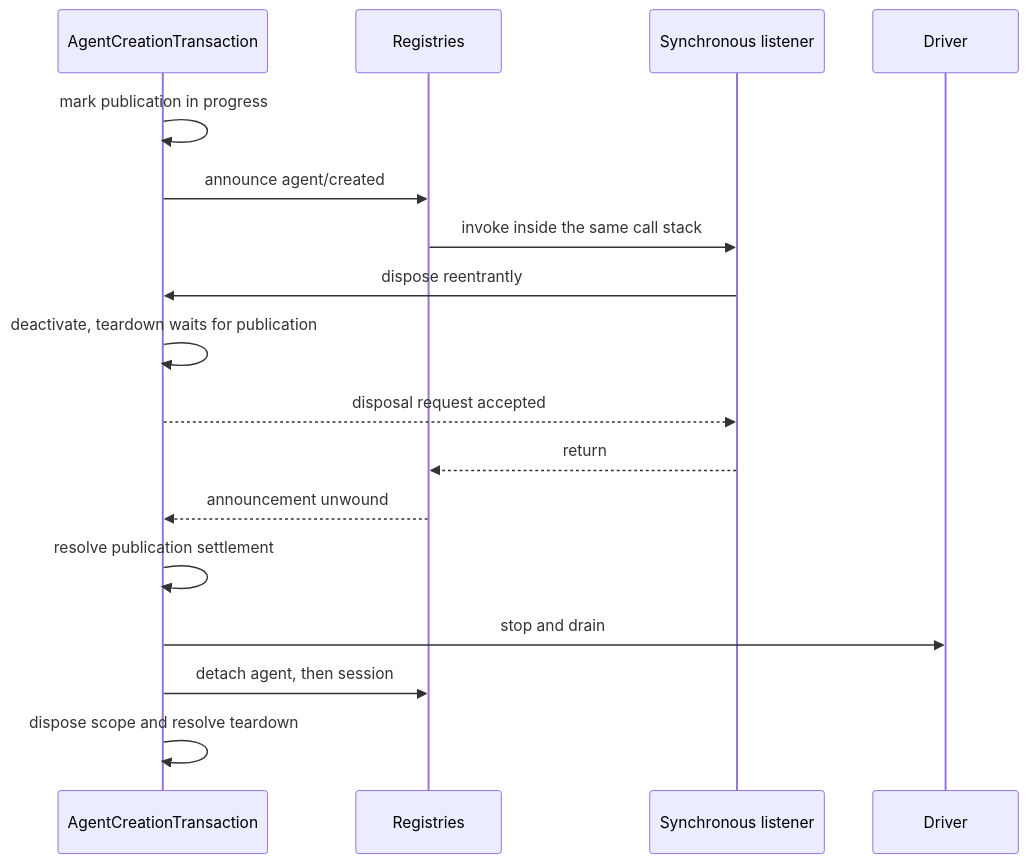
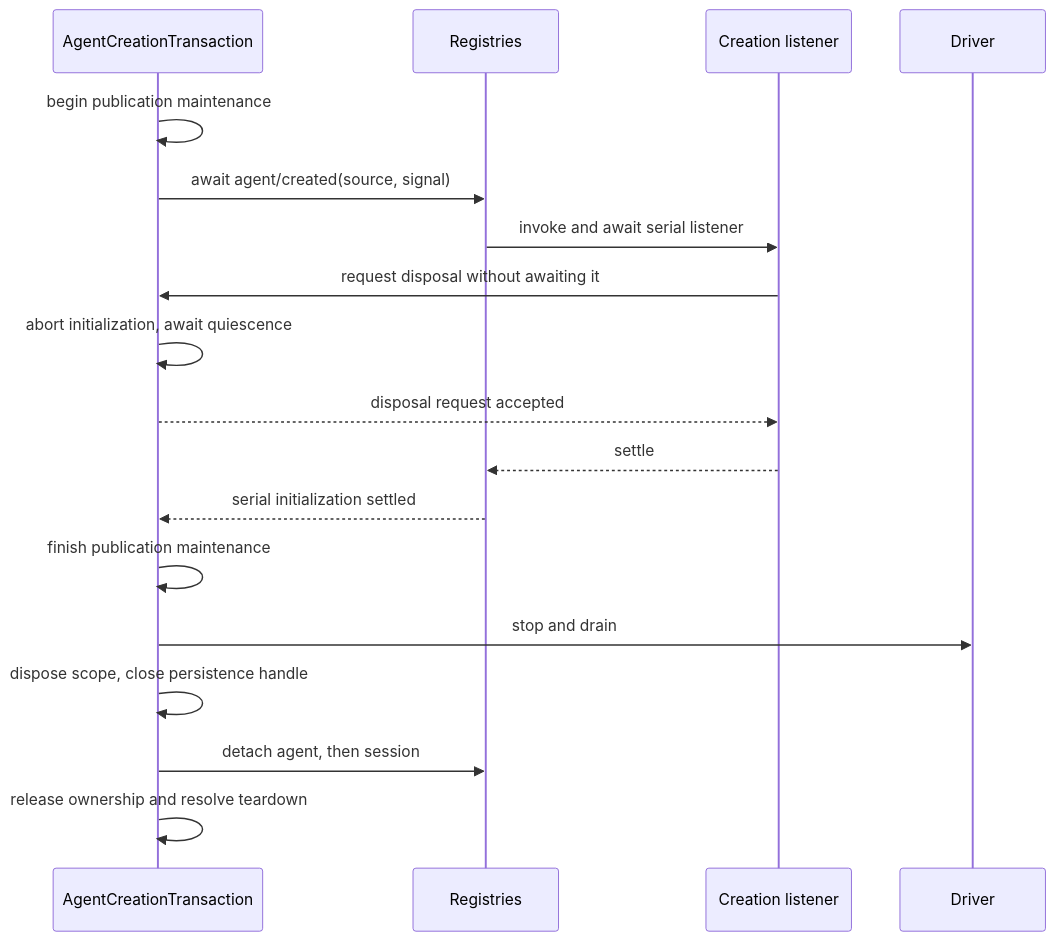
Before and after one commit to jsjm1986/CoHarness: the diagram in .agents/notes/implemented/architecture/2026-07-12-agent-scope-runtime-design.md, drawn with Mermaid. The commit also changed other lines of this file and 60 other files, not shown here.

````diff
--- a/.agents/notes/implemented/architecture/2026-07-12-agent-scope-runtime-design.md
+++ b/.agents/notes/implemented/architecture/2026-07-12-agent-scope-runtime-design.md
@@ -127,20 +125,21 @@
 ```mermaid
 sequenceDiagram
   participant Tx as AgentCreationTransaction
   participant Registries
-  participant Listener as Synchronous listener
+  participant Listener as Creation listener
   participant Driver
 
-  Tx->>Tx: mark publication in progress
-  Tx->>Registries: announce agent/created
-  Registries->>Listener: invoke inside the same call stack
-  Listener->>Tx: dispose reentrantly
-  Tx->>Tx: deactivate, teardown waits for publication
+  Tx->>Tx: begin publication maintenance
+  Tx->>Registries: await agent/created(source, signal)
+  Registries->>Listener: invoke and await serial listener
+  Listener->>Tx: request disposal without awaiting it
+  Tx->>Tx: abort initialization, await quiescence
   Tx-->>Listener: disposal request accepted
-  Listener-->>Registries: return
-  Registries-->>Tx: announcement unwound
-  Tx->>Tx: resolve publication settlement
+  Listener-->>Registries: settle
+  Registries-->>Tx: serial initialization settled
+  Tx->>Tx: finish publication maintenance
   Tx->>Driver: stop and drain
+  Tx->>Tx: dispose scope, close persistence handle
   Tx->>Registries: detach agent, then session
-  Tx->>Tx: dispose scope and resolve teardown
+  Tx->>Tx: release ownership and resolve teardown
 ```
````
